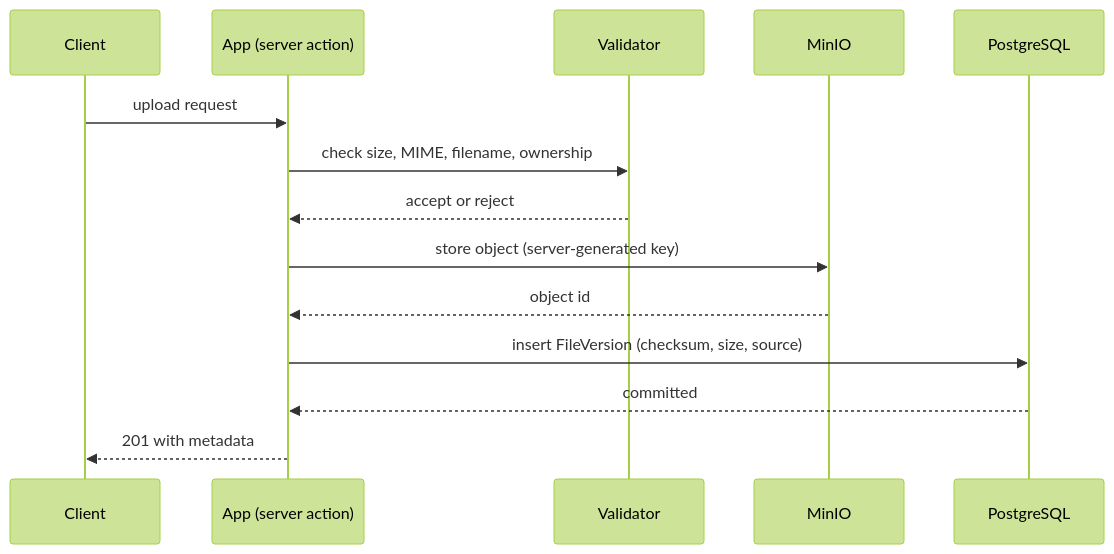
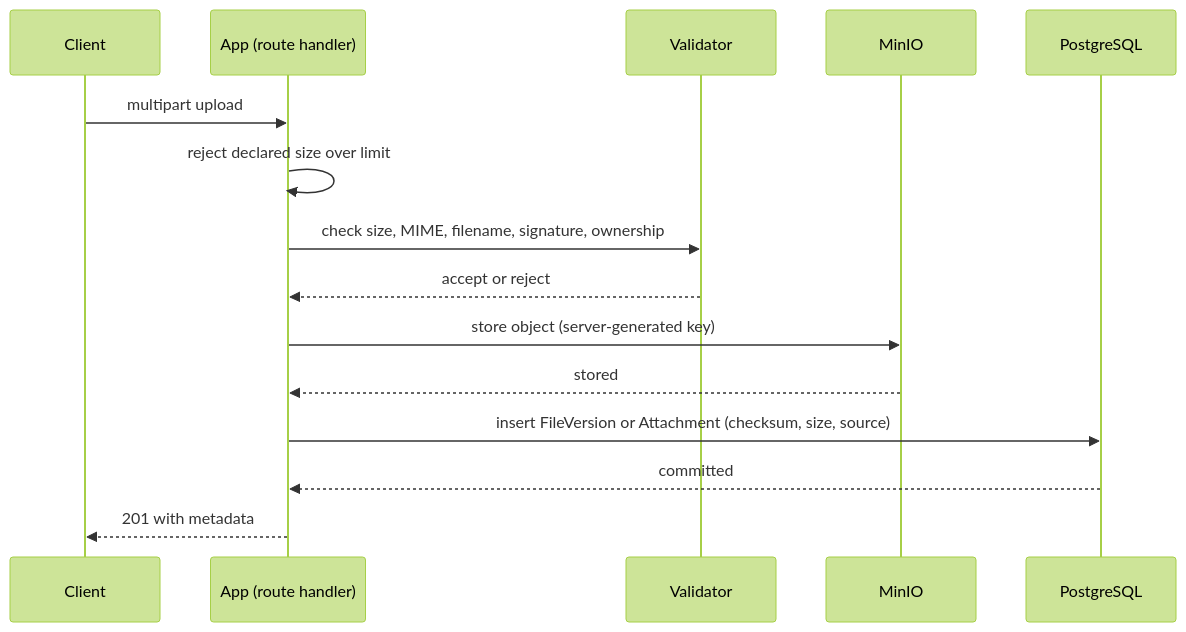
The first of 2 diagrams in docs/architecture/file-storage.md (hydrafog/thesis-coordinator), drawn with Mermaid (forest theme) before and after one commit. The commit also changed other lines of this file and 96 other files, not shown here.

````diff
--- a/docs/architecture/file-storage.md
+++ b/docs/architecture/file-storage.md
@@ -7,17 +9,18 @@
 ```mermaid
 sequenceDiagram
 	participant C as Client
-	participant A as App (server action)
+	participant A as App (route handler)
 	participant V as Validator
 	participant M as MinIO
 	participant P as PostgreSQL
 
-	C->>A: upload request
-	A->>V: check size, MIME, filename, ownership
+	C->>A: multipart upload
+	A->>A: reject declared size over limit
+	A->>V: check size, MIME, filename, signature, ownership
 	V-->>A: accept or reject
 	A->>M: store object (server-generated key)
-	M-->>A: object id
-	A->>P: insert FileVersion (checksum, size, source)
+	M-->>A: stored
+	A->>P: insert FileVersion or Attachment (checksum, size, source)
 	P-->>A: committed
 	A-->>C: 201 with metadata
 ```
````
